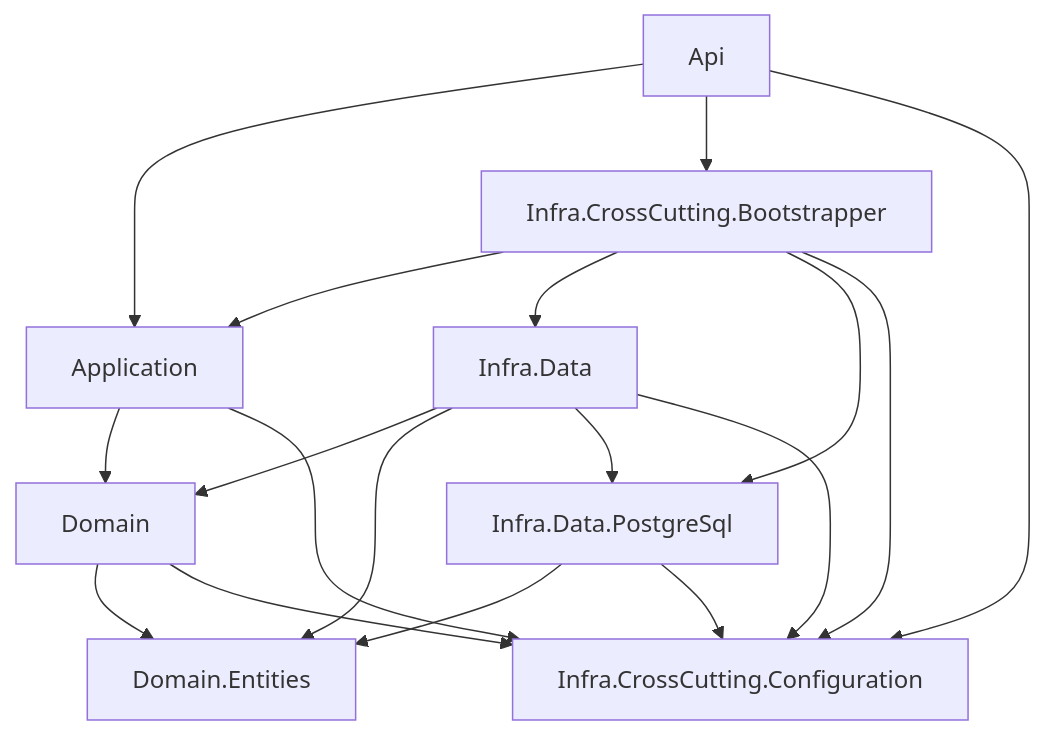
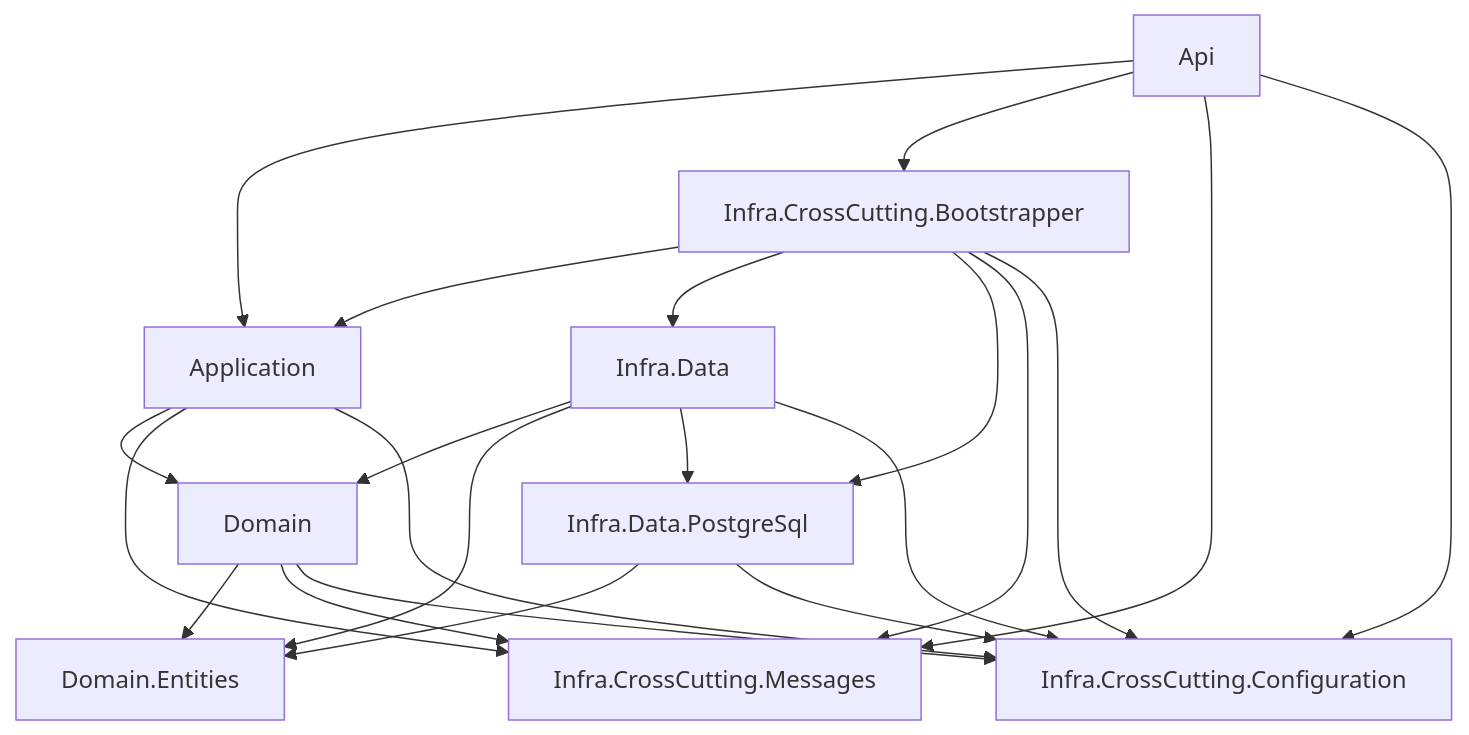
One commit to CasteloBrancoLab/Bedrock changed the diagram in docs/adrs/infrastructure/IN-001-camadas-canonicas-bounded-context.md. Above: the diagram before and after it, drawn with Mermaid. The commit also changed other lines of this file and 21 other files, not shown here.

First line of the commit message:
feat: add Messages architecture rules (MS-001 to MS-008) and Auth CrossCutting Messages project

````diff
--- a/docs/adrs/infrastructure/IN-001-camadas-canonicas-bounded-context.md
+++ b/docs/adrs/infrastructure/IN-001-camadas-canonicas-bounded-context.md
@@ -223,22 +237,28 @@
 ```mermaid
 graph TD
     API[Api] --> App[Application]
     API --> Boot[Infra.CrossCutting.Bootstrapper]
     App --> Domain[Domain]
     Domain --> DE[Domain.Entities]
     InfraData[Infra.Data] --> Domain
     InfraData --> DE
     InfraDataPg[Infra.Data.PostgreSql] --> DE
     InfraData --> InfraDataPg
     Boot --> App
     Boot --> InfraData
     Boot --> InfraDataPg
 
+    Msgs[Infra.CrossCutting.Messages]
+    Domain --> Msgs
+    App --> Msgs
+    API --> Msgs
+    Boot --> Msgs
+
     Config[Infra.CrossCutting.Configuration]
     Domain --> Config
     App --> Config
     InfraData --> Config
     InfraDataPg --> Config
     Boot --> Config
     API --> Config
 ```
````
